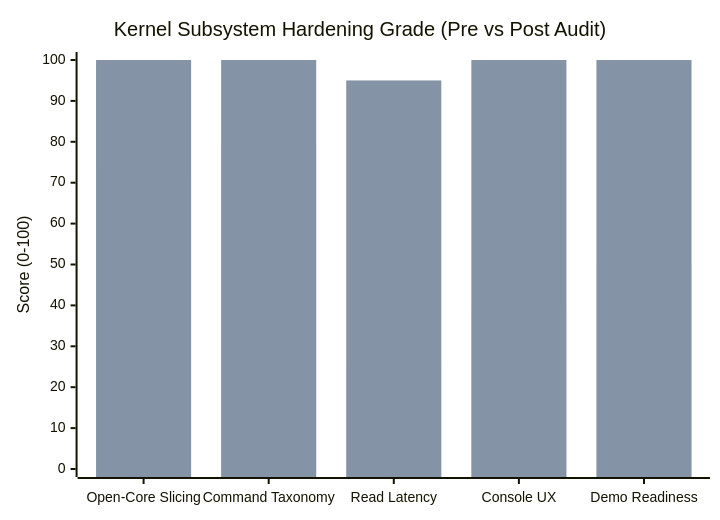
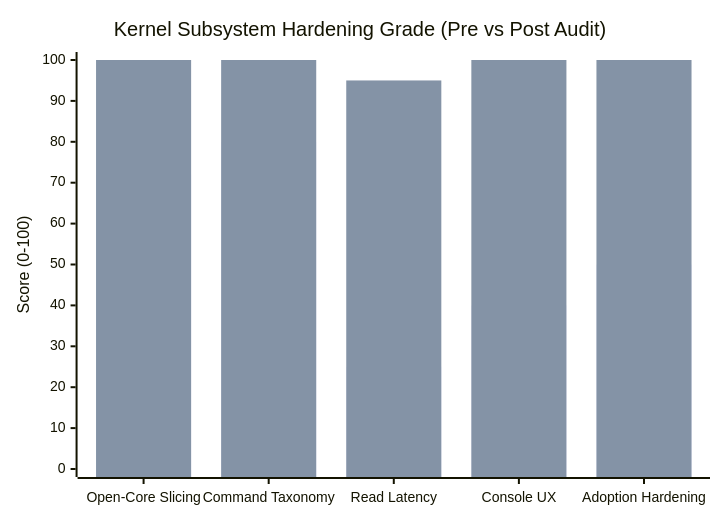
Before and after one commit to zqk-os/zqk: the first of 2 diagrams in docs/quality/codebase_evaluation/CORE_KERNEL_AUDIT_SCORECARD.md, drawn with Mermaid. The commit also changed other lines of this file and 2 other files, not shown here.

Commit message:
chore(docs): remove marketing and demo script resources from repository

````diff
--- a/docs/quality/codebase_evaluation/CORE_KERNEL_AUDIT_SCORECARD.md
+++ b/docs/quality/codebase_evaluation/CORE_KERNEL_AUDIT_SCORECARD.md
@@ -14,8 +14,8 @@
 ```mermaid
 xychart-beta
     title "Kernel Subsystem Hardening Grade (Pre vs Post Audit)"
-    x-axis ["Open-Core Slicing", "Command Taxonomy", "Read Latency", "Console UX", "Demo Readiness"]
+    x-axis ["Open-Core Slicing", "Command Taxonomy", "Read Latency", "Console UX", "Adoption Hardening"]
     y-axis "Score (0-100)" 0 --> 100
     bar [72, 80, 25, 40, 50]
     bar [100, 100, 95, 100, 100]
 ```
````
